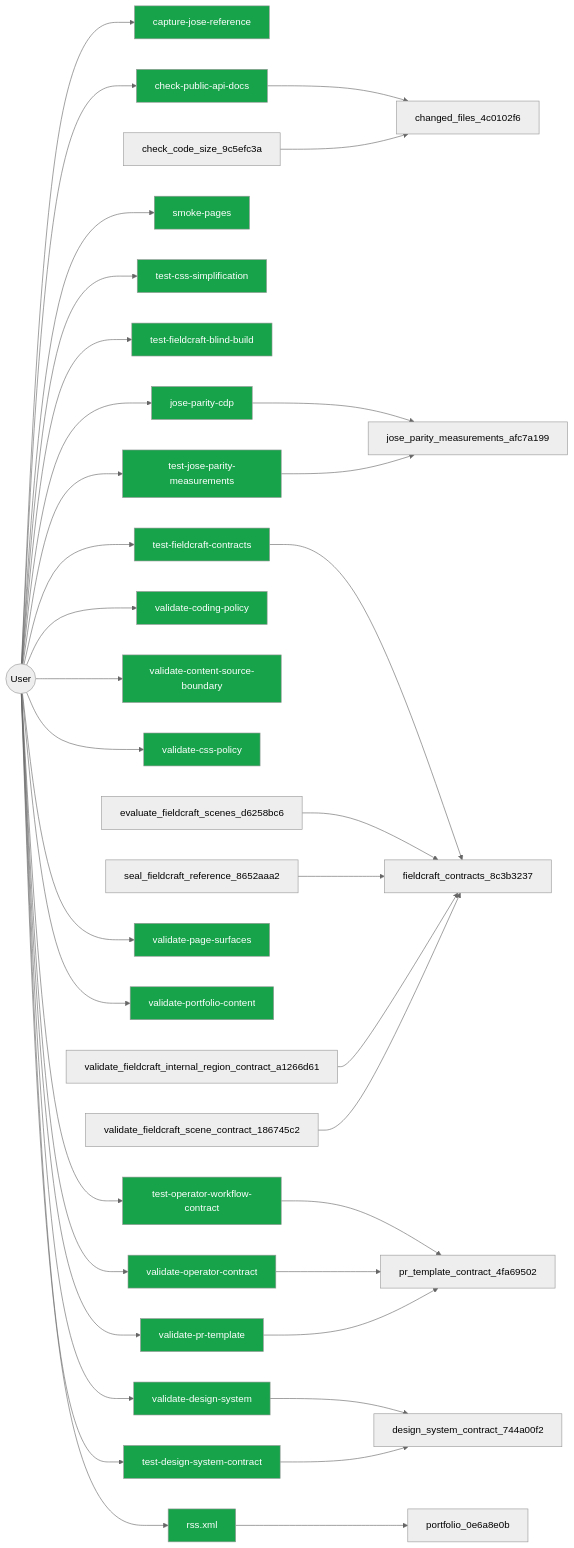
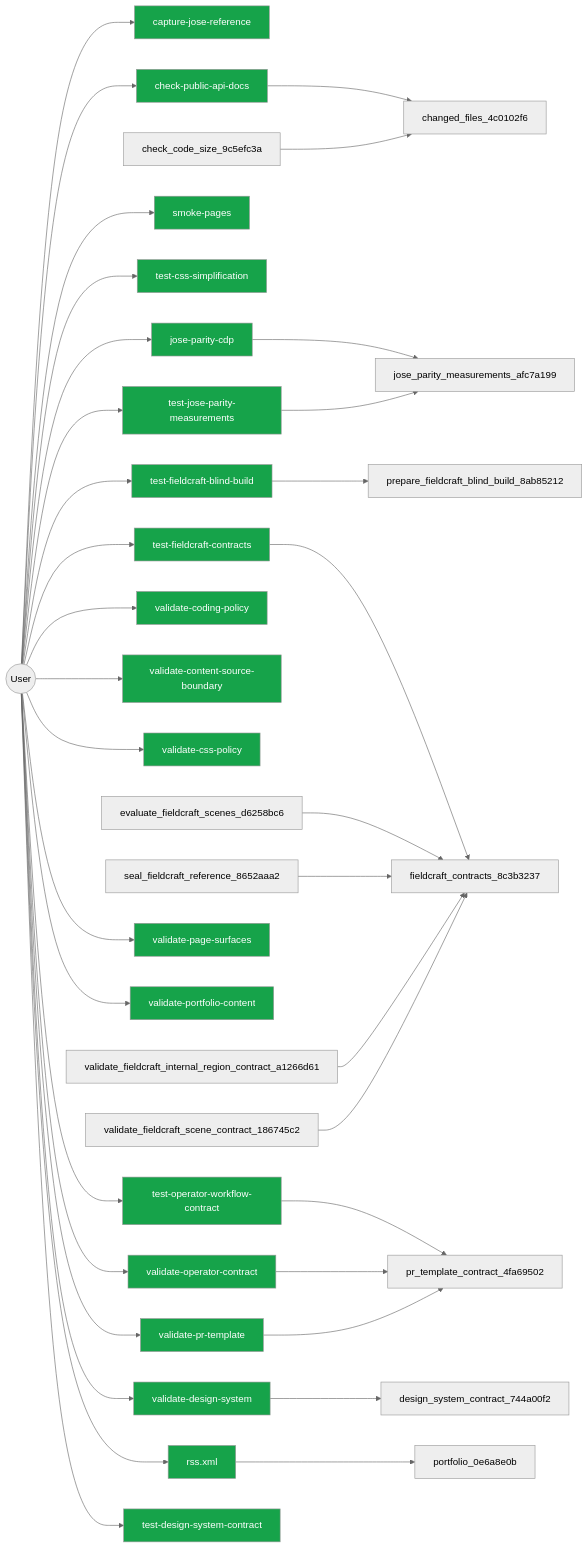
One commit to jscraik/websites changed the diagram in .diagram/user.mmd. Above: the diagram before and after it, drawn with Mermaid (neutral theme). The commit also changed 3 other files, not shown here.

First line of the commit message:
chore(diagrams): refresh review-fix projections

```diff
--- a/.diagram/user.mmd
+++ b/.diagram/user.mmd
@@ -1,57 +1,57 @@
 flowchart LR
   User(("User"))
   capture_jose_reference_e7b66705["capture-jose-reference"]
   User --> capture_jose_reference_e7b66705
   check_public_api_docs_a9604f1b["check-public-api-docs"]
   User --> check_public_api_docs_a9604f1b
   jose_parity_cdp_bdcde21d["jose-parity-cdp"]
   User --> jose_parity_cdp_bdcde21d
   smoke_pages_9a92b30d["smoke-pages"]
   User --> smoke_pages_9a92b30d
   test_css_simplification_05516724["test-css-simplification"]
   User --> test_css_simplification_05516724
   test_fieldcraft_blind_build_ec0e094c["test-fieldcraft-blind-build"]
   User --> test_fieldcraft_blind_build_ec0e094c
   test_fieldcraft_contracts_82274efa["test-fieldcraft-contracts"]
   User --> test_fieldcraft_contracts_82274efa
   test_jose_parity_measurements_2477824f["test-jose-parity-measurements"]
   User --> test_jose_parity_measurements_2477824f
   test_operator_workflow_contract_b4a152d7["test-operator-workflow-contract"]
   User --> test_operator_workflow_contract_b4a152d7
   validate_coding_policy_29976175["validate-coding-policy"]
   User --> validate_coding_policy_29976175
   validate_content_source_boundary_8a6f121b["validate-content-source-boundary"]
   User --> validate_content_source_boundary_8a6f121b
   validate_css_policy_1c5ec854["validate-css-policy"]
   User --> validate_css_policy_1c5ec854
   validate_design_system_b8a5f37c["validate-design-system"]
   User --> validate_design_system_b8a5f37c
   validate_operator_contract_f777ed78["validate-operator-contract"]
   User --> validate_operator_contract_f777ed78
   validate_page_surfaces_078ef6b6["validate-page-surfaces"]
   User --> validate_page_surfaces_078ef6b6
   validate_portfolio_content_6d36990e["validate-portfolio-content"]
   User --> validate_portfolio_content_6d36990e
   validate_pr_template_1fc39e13["validate-pr-template"]
   User --> validate_pr_template_1fc39e13
   rss_xml_b85d02db["rss.xml"]
   User --> rss_xml_b85d02db
   check_public_api_docs_a9604f1b --> changed_files_4c0102f6
   jose_parity_cdp_bdcde21d --> jose_parity_measurements_afc7a199
+  test_fieldcraft_blind_build_ec0e094c --> prepare_fieldcraft_blind_build_8ab85212
   test_fieldcraft_contracts_82274efa --> fieldcraft_contracts_8c3b3237
   test_jose_parity_measurements_2477824f --> jose_parity_measurements_afc7a199
   test_operator_workflow_contract_b4a152d7 --> pr_template_contract_4fa69502
   validate_design_system_b8a5f37c --> design_system_contract_744a00f2
   validate_operator_contract_f777ed78 --> pr_template_contract_4fa69502
   validate_pr_template_1fc39e13 --> pr_template_contract_4fa69502
   rss_xml_b85d02db --> portfolio_0e6a8e0b
   check_code_size_9c5efc3a --> changed_files_4c0102f6
   evaluate_fieldcraft_scenes_d6258bc6 --> fieldcraft_contracts_8c3b3237
   seal_fieldcraft_reference_8652aaa2 --> fieldcraft_contracts_8c3b3237
   validate_fieldcraft_internal_region_contract_a1266d61 --> fieldcraft_contracts_8c3b3237
   validate_fieldcraft_scene_contract_186745c2 --> fieldcraft_contracts_8c3b3237
-  test_design_system_contract_2b5439cd --> design_system_contract_744a00f2
   classDef userNode fill:#16a34a,color:#fff
   test_design_system_contract_2b5439cd["test-design-system-contract"]
   User --> test_design_system_contract_2b5439cd
   class capture_jose_reference_e7b66705,check_public_api_docs_a9604f1b,jose_parity_cdp_bdcde21d,smoke_pages_9a92b30d,test_css_simplification_05516724,test_fieldcraft_blind_build_ec0e094c,test_fieldcraft_contracts_82274efa,test_jose_parity_measurements_2477824f,test_operator_workflow_contract_b4a152d7,validate_coding_policy_29976175,validate_content_source_boundary_8a6f121b,validate_css_policy_1c5ec854,validate_design_system_b8a5f37c,validate_operator_contract_f777ed78,validate_page_surfaces_078ef6b6,validate_portfolio_content_6d36990e,validate_pr_template_1fc39e13,rss_xml_b85d02db,test_design_system_contract_2b5439cd userNode
```
